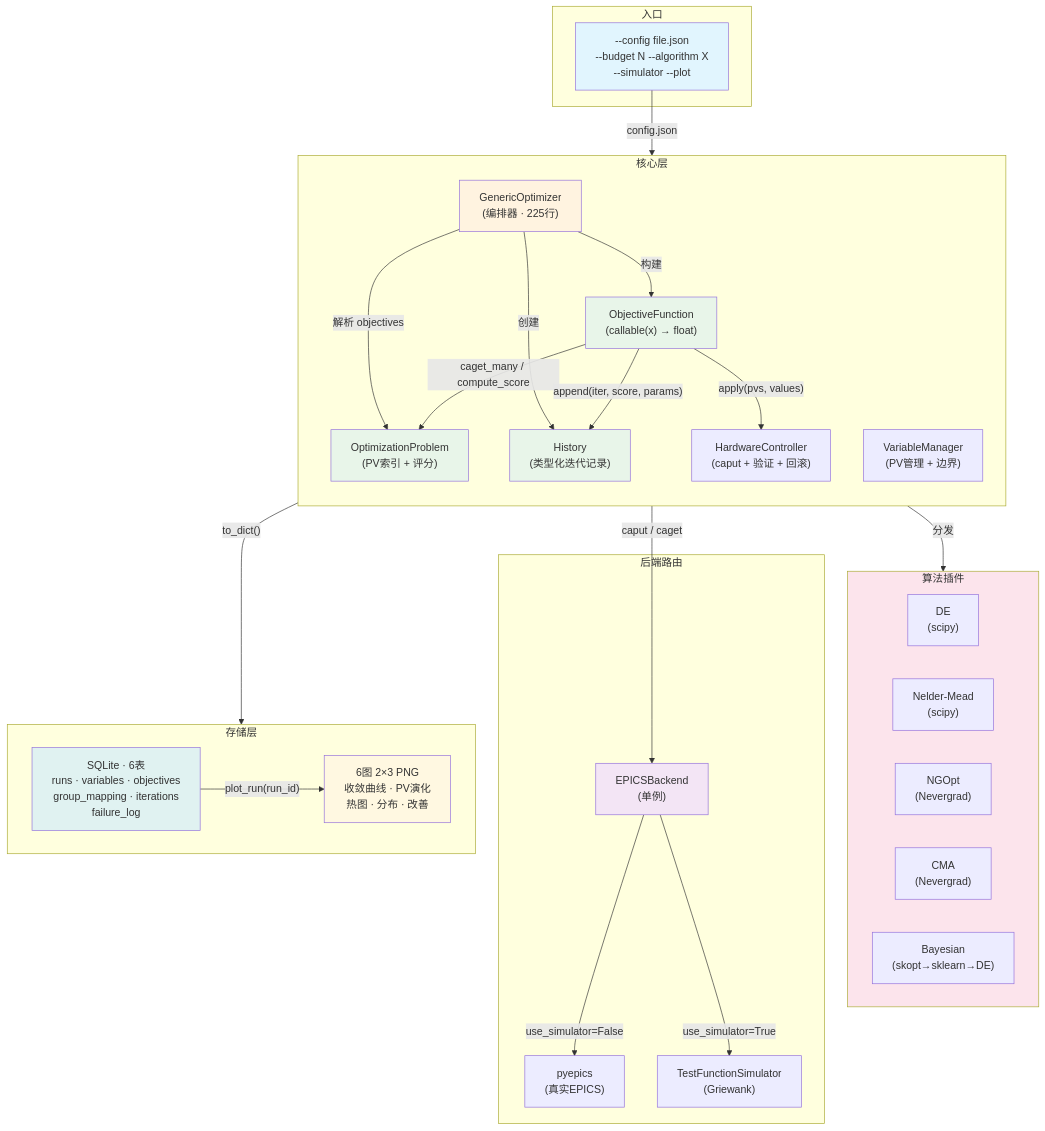
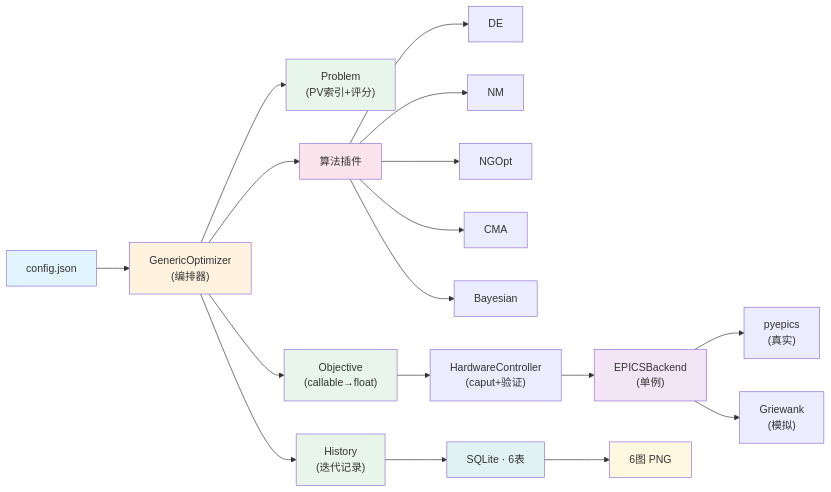
Before and after one commit to nightBrise/General-EPICS-Optimization-Tool: the diagram in README.md, drawn with Mermaid.

Commit message:
docs: 简化Mermaid架构图为左到右紧凑布局

````diff
--- a/README.md
+++ b/README.md
@@ -67,64 +67,25 @@
 ```mermaid
-flowchart TB
-    subgraph CLI["入口"]
-        CLI_ARG["--config file.json<br/>--budget N --algorithm X<br/>--simulator --plot"]
-    end
+flowchart LR
+    A["config.json"] --> B["GenericOptimizer<br/>(编排器)"]
+    B --> C["Problem<br/>(PV索引+评分)"]
+    B --> D["History<br/>(迭代记录)"]
+    B --> E["Objective<br/>(callable→float)"]
+    B --> F["算法插件"]
+    F --> F1["DE"] & F2["NM"] & F3["NGOpt"] & F4["CMA"] & F5["Bayesian"]
+    E --> G["HardwareController<br/>(caput+验证)"]
+    G --> H["EPICSBackend<br/>(单例)"]
+    H --> H1["pyepics<br/>(真实)"]
+    H --> H2["Griewank<br/>(模拟)"]
+    D --> I["SQLite · 6表"]
+    I --> J["6图 PNG"]
 
-    subgraph Core["核心层"]
-        direction TB
-        OPTIMIZER["GenericOptimizer<br/>(编排器 · 225行)"]
-        PROBLEM["OptimizationProblem<br/>(PV索引 + 评分)"]
-        HISTORY["History<br/>(类型化迭代记录)"]
-        OBJECTIVE["ObjectiveFunction<br/>(callable(x) → float)"]
-        HW["HardwareController<br/>(caput + 验证 + 回滚)"]
-        VM["VariableManager<br/>(PV管理 + 边界)"]
-    end
-
-    subgraph Algo["算法插件"]
-        direction LR
-        DE["DE<br/>(scipy)"]
-        NM["Nelder-Mead<br/>(scipy)"]
-        NG["NGOpt<br/>(Nevergrad)"]
-        CMA["CMA<br/>(Nevergrad)"]
-        BO["Bayesian<br/>(skopt→sklearn→DE)"]
-    end
-
-    subgraph Backend["后端路由"]
-        BACKEND["EPICSBackend<br/>(单例)"]
-        EPICS["pyepics<br/>(真实EPICS)"]
-        SIM["TestFunctionSimulator<br/>(Griewank)"]
-    end
-
-    subgraph Storage["存储层"]
-        direction LR
-        SQLITE["SQLite · 6表<br/>runs · variables · objectives<br/>group_mapping · iterations<br/>failure_log"]
-        PLOT["6图 2×3 PNG<br/>收敛曲线 · PV演化<br/>热图 · 分布 · 改善"]
-    end
-
-    CLI_ARG -->|"config.json"| OPTIMIZER
-    OPTIMIZER -->|"解析 objectives"| PROBLEM
-    OPTIMIZER -->|"创建"| HISTORY
-    OPTIMIZER -->|"构建"| OBJECTIVE
-    OPTIMIZER -->|"分发"| Algo
-
-    OBJECTIVE -->|"apply(pvs, values)"| HW
-    OBJECTIVE -->|"caget_many / compute_score"| PROBLEM
-    OBJECTIVE -->|"append(iter, score, params)"| HISTORY
-
-    HW -->|"caput / caget"| BACKEND
-    BACKEND -->|"use_simulator=True"| SIM
-    BACKEND -->|"use_simulator=False"| EPICS
-
-    HISTORY -->|"to_dict()"| SQLITE
-    SQLITE -->|"plot_run(run_id)"| PLOT
-
-    style CLI_ARG fill:#e1f5fe
-    style OPTIMIZER fill:#fff3e0
-    style PROBLEM fill:#e8f5e9
-    style HISTORY fill:#e8f5e9
-    style OBJECTIVE fill:#e8f5e9
-    style Algo fill:#fce4ec
-    style BACKEND fill:#f3e5f5
-    style SQLITE fill:#e0f2f1
-    style PLOT fill:#fff8e1
+    style A fill:#e1f5fe
+    style B fill:#fff3e0
+    style C fill:#e8f5e9
+    style D fill:#e8f5e9
+    style E fill:#e8f5e9
+    style F fill:#fce4ec
+    style H fill:#f3e5f5
+    style I fill:#e0f2f1
+    style J fill:#fff8e1
 ```
````
